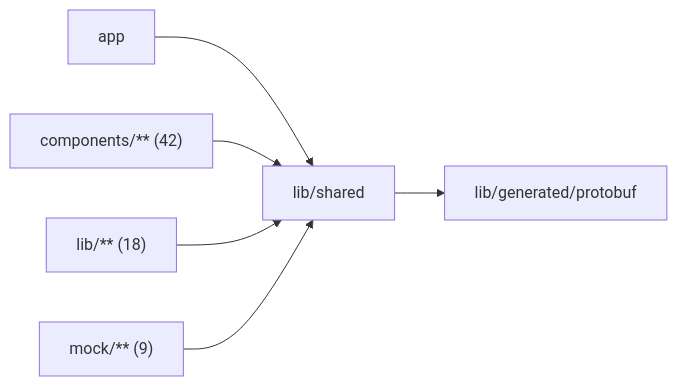
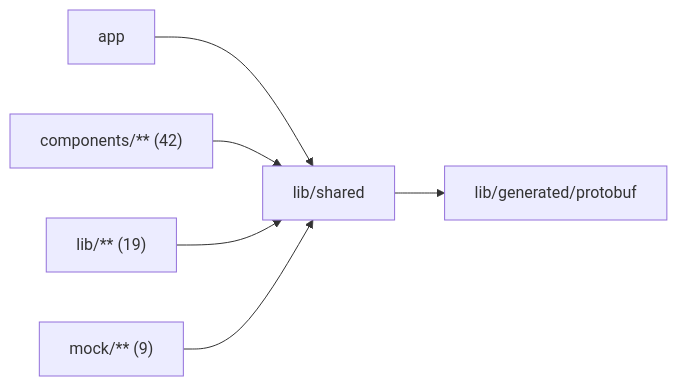
The diagram in web/studio/lib/shared/README.md (superdurable/superverse), drawn with Mermaid before and after one commit. The commit also changed other lines of this file and 259 other files, not shown here.

````diff
--- a/web/studio/lib/shared/README.md
+++ b/web/studio/lib/shared/README.md
@@ -10,9 +10,9 @@
 ```mermaid
 flowchart LR
   self["lib/shared"]
   c0["app"] --> self
   c1["components/** (42)"] --> self
-  c2["lib/** (18)"] --> self
+  c2["lib/** (19)"] --> self
   c3["mock/** (9)"] --> self
   self --> d0["lib/generated/protobuf"]
 ```
````
